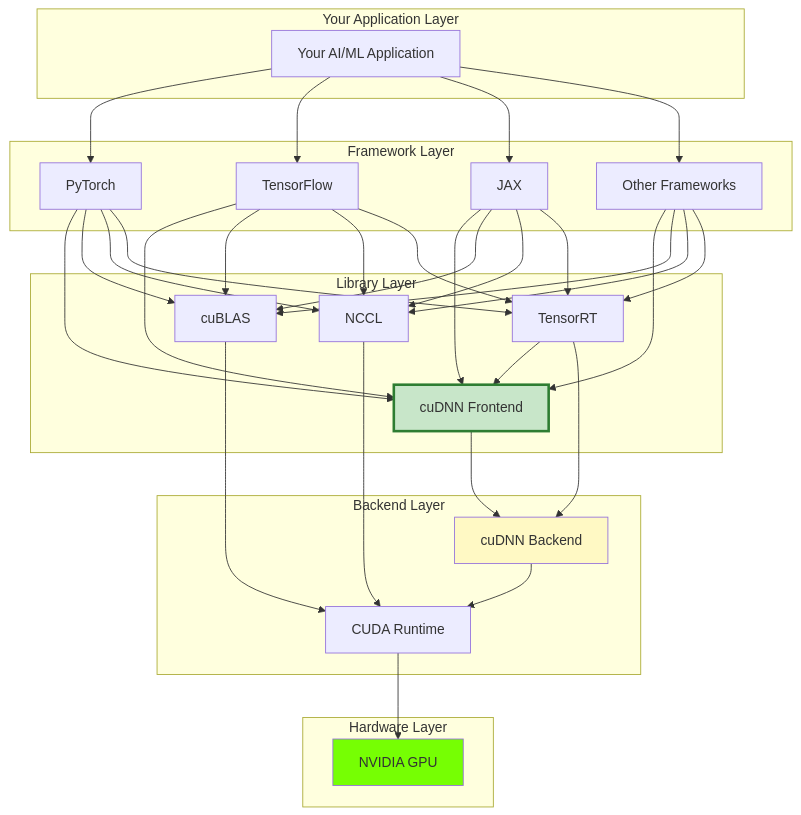
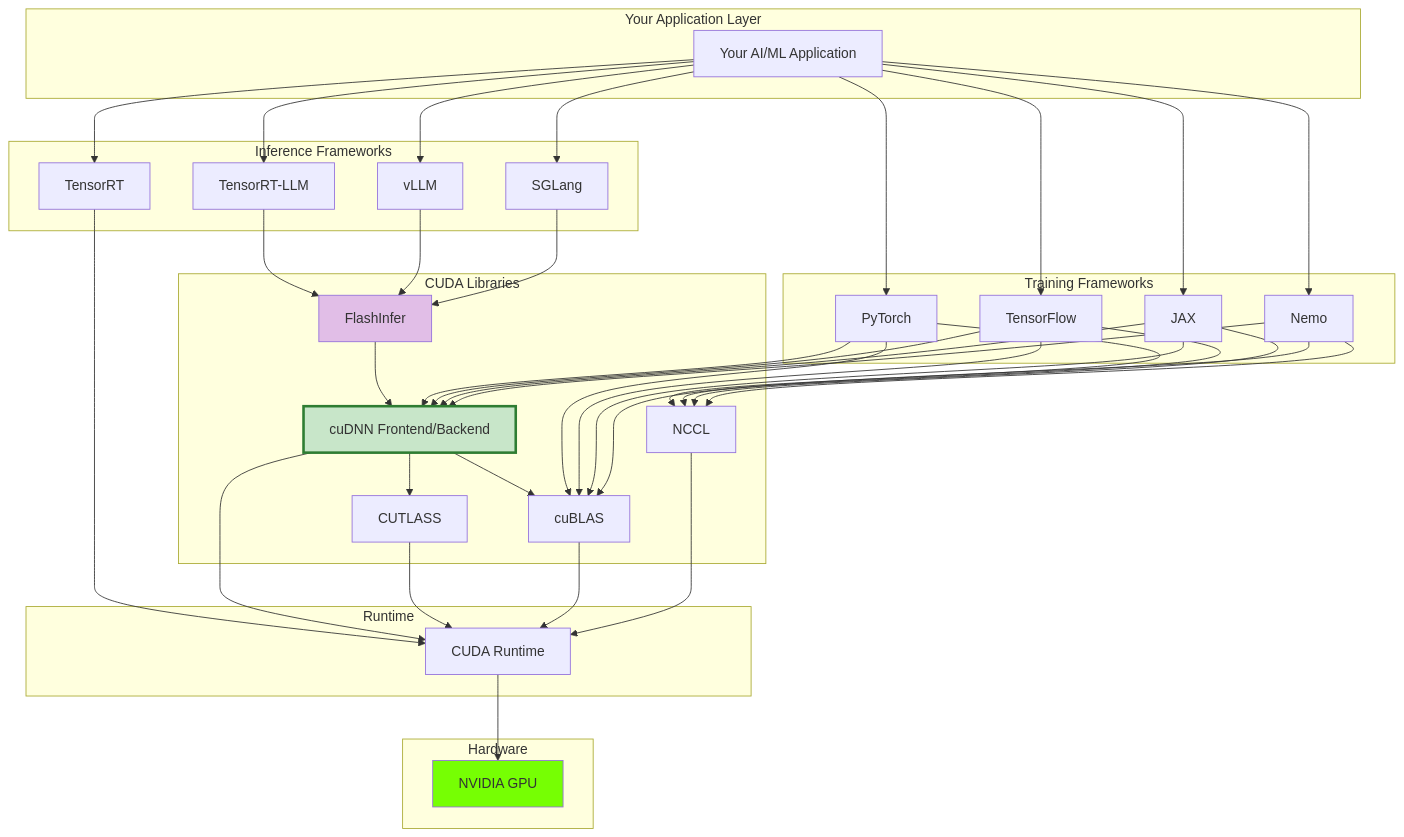
Before and after one commit to YangXu1990uiuc/cudnn_frontend_doc: the diagram in docs/concepts/cuda-ecosystem.md, drawn with Mermaid. The commit also changed other lines of this file and 11 other files, not shown here.

````diff
--- a/docs/concepts/cuda-ecosystem.md
+++ b/docs/concepts/cuda-ecosystem.md
@@ -7,41 +7,56 @@
 ```mermaid
 graph TB
     subgraph "Your Application Layer"
         App[Your AI/ML Application]
     end
 
-    subgraph "Framework Layer"
+    subgraph "Training Frameworks"
         PT[PyTorch]
         TF[TensorFlow]
         JAX[JAX]
-        Oth[Other Frameworks]
+        Nemo[Nemo]
     end
 
-    subgraph "Library Layer"
-        FE[cuDNN Frontend]
-        cuBLAS[cuBLAS]
-        NCCL[NCCL]
+    subgraph "Inference Frameworks"
+        TRTLLM[TensorRT-LLM]
+        vLLM[vLLM]
+        SGLang[SGLang]
         TRT[TensorRT]
     end
+    
+    subgraph "CUDA Libraries"
+        FI[FlashInfer]
+        cuDNN[cuDNN Frontend/Backend]
+        cuBLAS[cuBLAS]
+        CUTLASS[CUTLASS]
+        NCCL[NCCL]
+    end
 
-    subgraph "Backend Layer"
-        BE[cuDNN Backend]
+    subgraph "Runtime"
         CUDA[CUDA Runtime]
     end
 
-    subgraph "Hardware Layer"
+    subgraph "Hardware"
         GPU[NVIDIA GPU]
     end
 
-    App --> PT & TF & JAX & Oth
-    PT & TF & JAX & Oth --> FE & cuBLAS & NCCL & TRT
-    FE --> BE
-    cuBLAS & BE --> CUDA
-    TRT --> FE & BE
-    NCCL --> CUDA
+    App --> TRTLLM & vLLM & SGLang
+    App --> PT & TF & JAX & Nemo
+    App --> TRT
+
+    TRTLLM & vLLM & SGLang --> FI
+    FI --> cuDNN
+    cuDNN --> cuBLAS
+    cuDNN --> CUTLASS
+
+    PT & TF & JAX & Nemo --> cuDNN & cuBLAS & NCCL
+
+    TRT --> CUDA
+    cuDNN & CUTLASS --> CUDA
+    cuBLAS & NCCL --> CUDA
     CUDA --> GPU
 
-    style FE fill:#c8e6c9,stroke:#2e7d32,stroke-width:3px
-    style BE fill:#fff9c4
+    style cuDNN fill:#c8e6c9,stroke:#2e7d32,stroke-width:3px
+    style FI fill:#e1bee7
     style GPU fill:#76ff03
 ```
````
